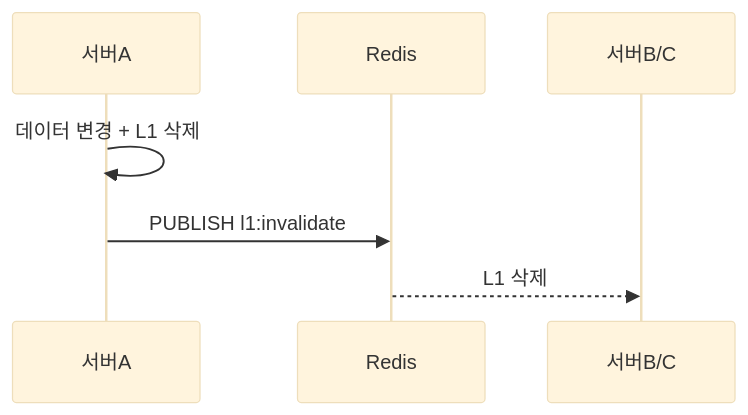
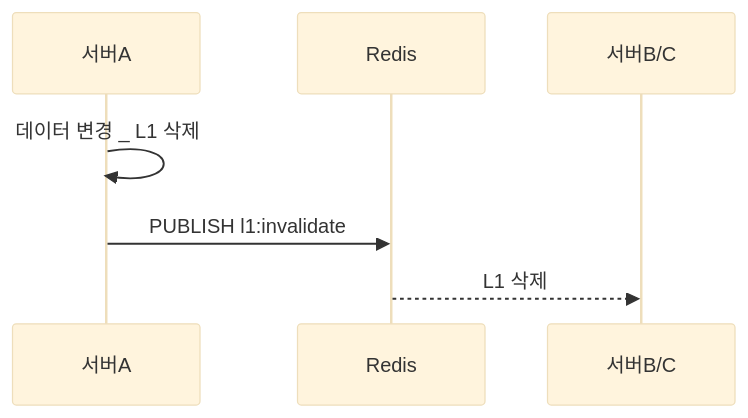
Before and after one commit to yjkim2015/yjkim2015.github.io: the fifth of 8 diagrams in _posts/caching/2026-05-03-multi-layer-caching.md, drawn with Mermaid (base theme). The commit also changed 38 other files, not shown here.

First line of the commit message:
Mermaid 파싱 에러 최종 수정 + 화살표 간격 확대

````diff
--- a/_posts/caching/2026-05-03-multi-layer-caching.md
+++ b/_posts/caching/2026-05-03-multi-layer-caching.md
@@ -345,9 +345,9 @@
 ```mermaid
 sequenceDiagram
     participant SA as 서버A
     participant Redis as Redis
     participant SB as 서버B/C
-    SA->>SA: 데이터 변경 + L1 삭제
+    SA->>SA: 데이터 변경 _ L1 삭제
     SA->>Redis: PUBLISH l1:invalidate
     Redis-->>SB: L1 삭제
 ```
````
